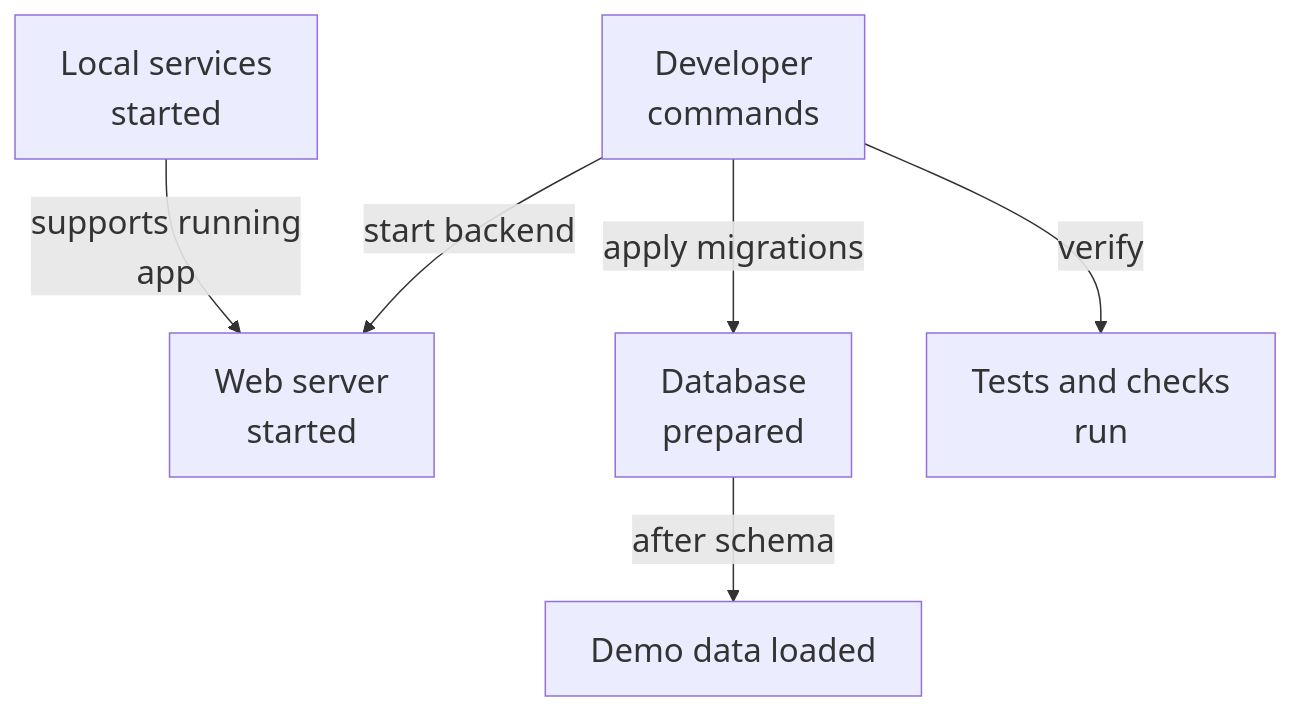
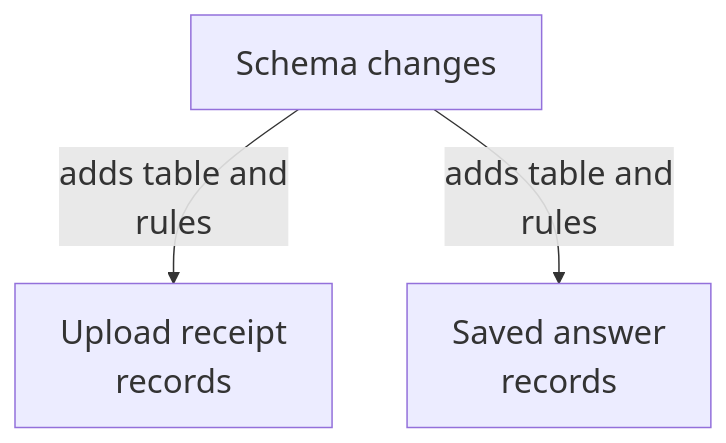
Before and after one commit to Justin-Mendoza/Afterclass: the sixth of 6 diagrams in maps/foundation/README.md, drawn with Mermaid. The commit also changed other lines of this file and 85 other files, not shown here.

````diff
--- a/maps/foundation/README.md
+++ b/maps/foundation/README.md
@@ -178,15 +190,9 @@
 ```mermaid
 %%{init: {"themeVariables": {"fontSize": "22px"}}}%%
 flowchart TD
-  n0["Developer<br/>commands"]
-  n1["Web server<br/>started"]
-  n2["Database<br/>prepared"]
-  n3["Demo data loaded"]
-  n4["Tests and checks<br/>run"]
-  n5["Local services<br/>started"]
-  n0 -->|"start backend"| n1
-  n0 -->|"apply migrations"| n2
-  n2 -->|"after schema"| n3
-  n0 -->|"verify"| n4
-  n5 -->|"supports running<br/>app"| n1
+  n0["Schema changes"]
+  n1["Upload receipt<br/>records"]
+  n2["Saved answer<br/>records"]
+  n0 -->|"adds table and<br/>rules"| n1
+  n0 -->|"adds table and<br/>rules"| n2
 ```
````
